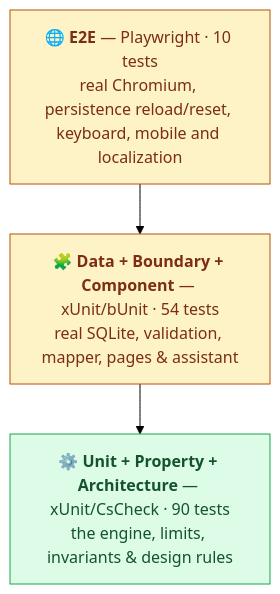
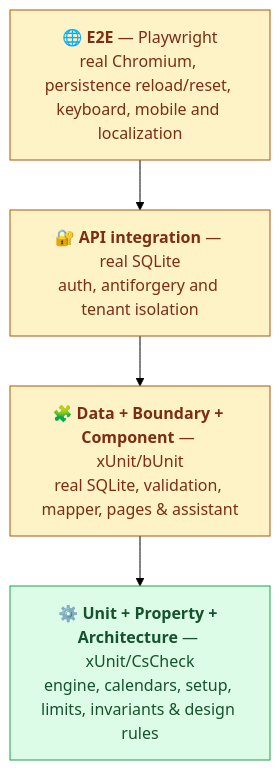
The diagram in docs/TESTING.md (aco993/WorkPlanStudio), drawn with Mermaid (forest theme) before and after one commit. The commit also changed other lines of this file and 17 other files, not shown here.

Commit message:
docs(portfolio): document architecture evidence and interview defense

````diff
--- a/docs/TESTING.md
+++ b/docs/TESTING.md
@@ -14,13 +14,14 @@
 ```mermaid
 graph TD
-    E2E["🌐 <b>E2E</b> — Playwright · 10 tests<br/>real Chromium, persistence reload/reset, keyboard, mobile and localization"]
-    WEB["🧩 <b>Data + Boundary + Component</b> — xUnit/bUnit · 54 tests<br/>real SQLite, validation, mapper, pages &amp; assistant"]
-    UNIT["⚙️ <b>Unit + Property + Architecture</b> — xUnit/CsCheck · 90 tests<br/>the engine, limits, invariants &amp; design rules"]
+    E2E["🌐 <b>E2E</b> — Playwright<br/>real Chromium, persistence reload/reset, keyboard, mobile and localization"]
+    API["🔐 <b>API integration</b> — real SQLite<br/>auth, antiforgery and tenant isolation"]
+    WEB["🧩 <b>Data + Boundary + Component</b> — xUnit/bUnit<br/>real SQLite, validation, mapper, pages &amp; assistant"]
+    UNIT["⚙️ <b>Unit + Property + Architecture</b> — xUnit/CsCheck<br/>engine, calendars, setup, limits, invariants &amp; design rules"]
 
-    E2E --> WEB --> UNIT
+    E2E --> API --> WEB --> UNIT
 
     classDef fast fill:#dcfce7,stroke:#16a34a,color:#14532d;
     classDef slow fill:#fef3c7,stroke:#b45309,color:#7c2d12;
     class UNIT fast;
-    class WEB,E2E slow;
+    class WEB,API,E2E slow;
 ```
````
